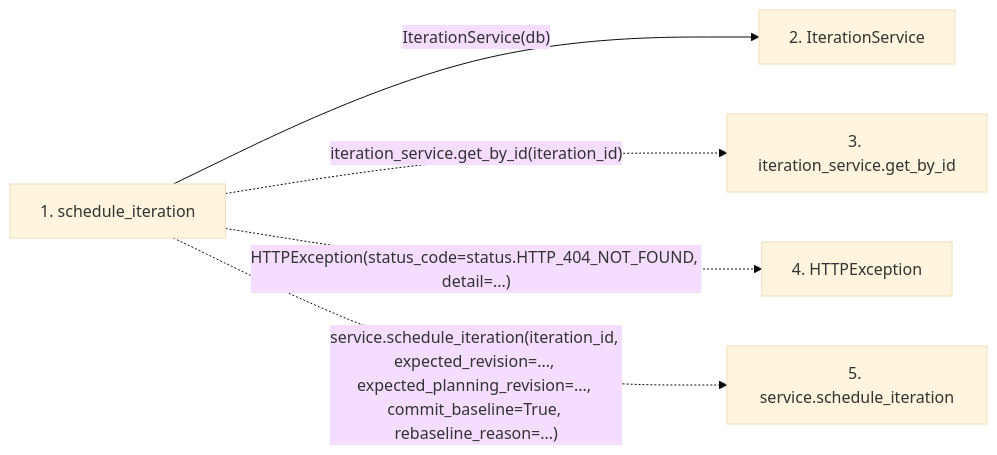
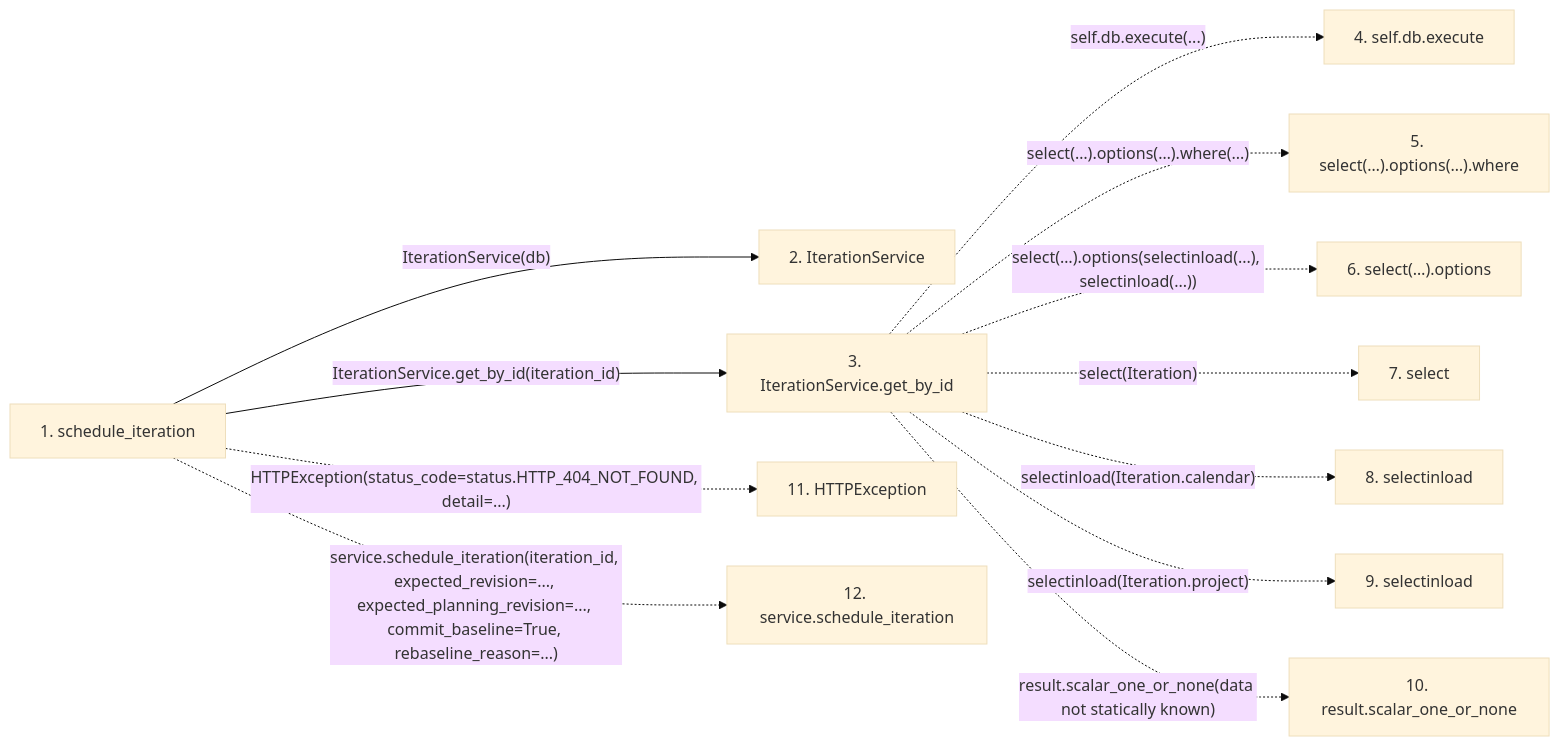
One commit to Denissvgn/WorkChord changed the second of 2 diagrams in docs/llm_wiki/flows/http-schedule_iteration.md. Above: the diagram before and after it, drawn with Mermaid (base theme). The commit also changed other lines of this file and 25171 other files, not shown here.

````diff
--- a/docs/llm_wiki/flows/http-schedule_iteration.md
+++ b/docs/llm_wiki/flows/http-schedule_iteration.md
@@ -26,14 +73,29 @@
 ```mermaid
 flowchart LR
     s1["1. schedule_iteration"]
     s2["2. IterationService"]
-    s3["3. iteration_service.get_by_id"]
-    s4["4. HTTPException"]
-    s5["5. service.schedule_iteration"]
+    s3["3. IterationService.get_by_id"]
+    s4["4. self.db.execute"]
+    s5["5. select(…).options(…).where"]
+    s6["6. select(…).options"]
+    s7["7. select"]
+    s8["8. selectinload"]
+    s9["9. selectinload"]
+    s10["10. result.scalar_one_or_none"]
+    s11["11. HTTPException"]
+    s12["12. service.schedule_iteration"]
     s1 -->|"IterationService(db)"| s2
-    s1 -. "iteration_service.get_by_id(iteration_id)" .-> s3
-    s1 -. "HTTPException(status_code=status.HTTP_404_NOT_FOUND, detail=...)" .-> s4
-    s1 -. "service.schedule_iteration(iteration_id, expected_revision=..., expected_planning_revision=..., commit_baseline=True, rebaseline_reason=...)" .-> s5
+    s1 -->|"IterationService.get_by_id(iteration_id)"| s3
+    s3 -. "self.db.execute(...)" .-> s4
+    s3 -. "select(…).options(…).where(...)" .-> s5
+    s3 -. "select(…).options(selectinload(...), selectinload(...))" .-> s6
+    s3 -. "select(Iteration)" .-> s7
+    s3 -. "selectinload(Iteration.calendar)" .-> s8
+    s3 -. "selectinload(Iteration.project)" .-> s9
+    s3 -. "result.scalar_one_or_none(data not statically known)" .-> s10
+    s1 -. "HTTPException(status_code=status.HTTP_404_NOT_FOUND, detail=...)" .-> s11
+    s1 -. "service.schedule_iteration(iteration_id, expected_revision=..., expected_planning_revision=..., commit_baseline=True, rebaseline_reason=...)" .-> s12
     click s1 "../modules/routers_gantt.md"
     click s2 "../modules/iteration_service.md"
+    click s3 "../modules/iteration_service.md"
 ```
````
